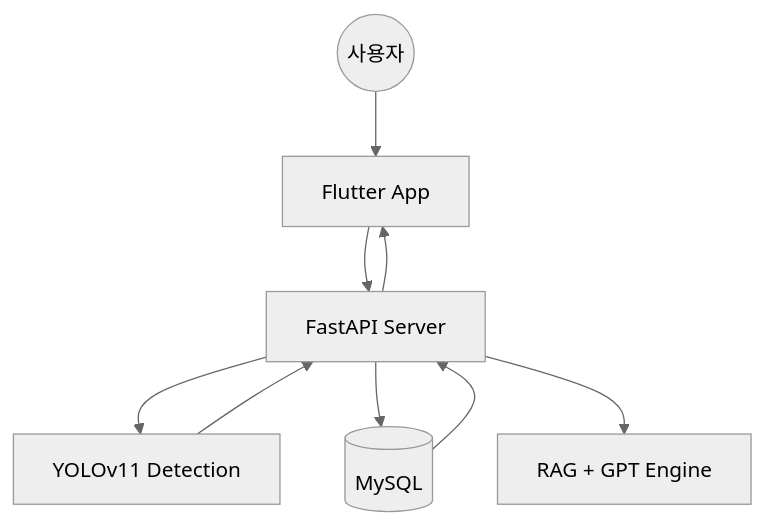
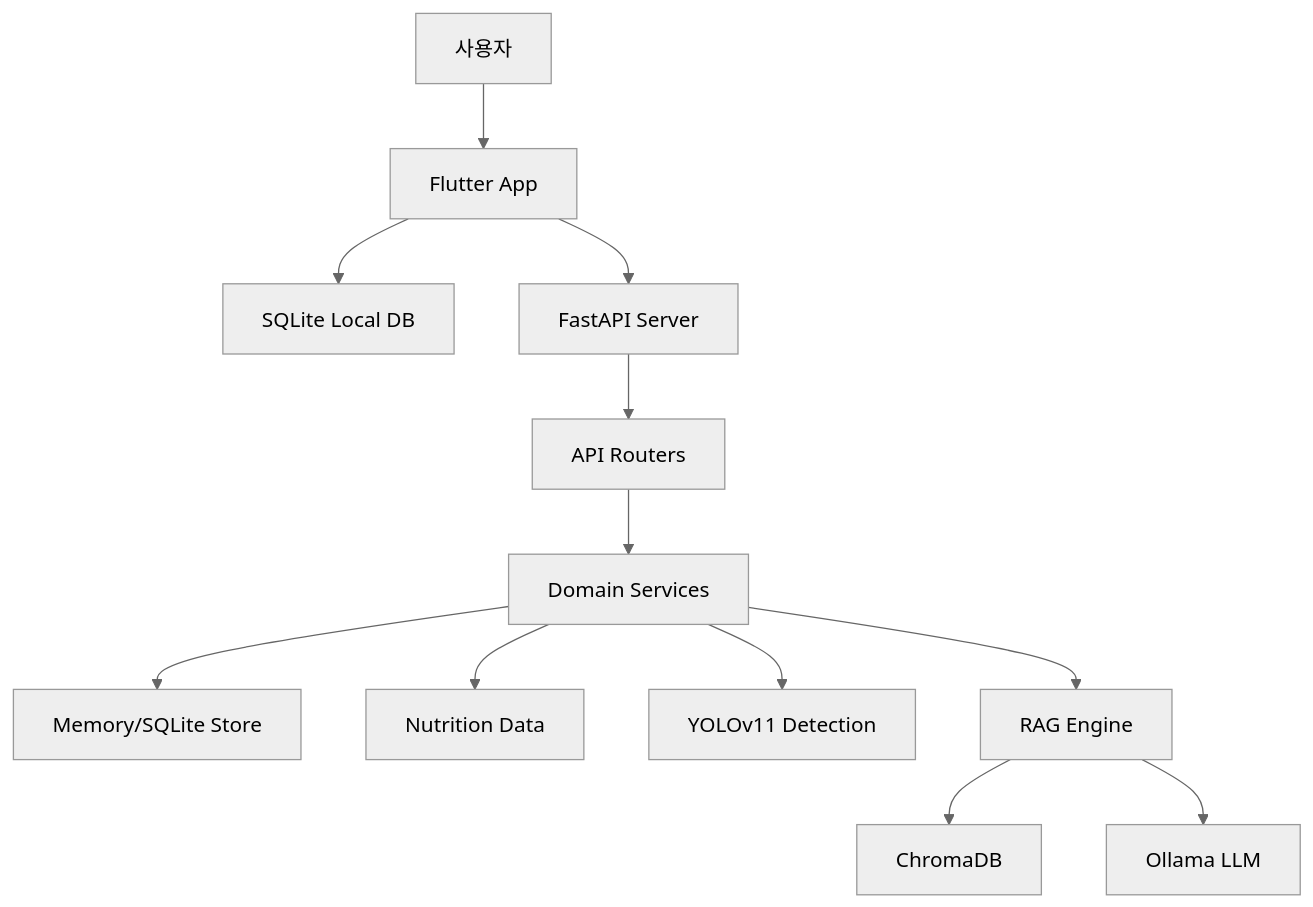
Before and after one commit to nisdh2916/NutrAI: the diagram in README.md, drawn with Mermaid (neutral theme). The commit also changed other lines of this file and 181 other files, not shown here.

````diff
--- a/README.md
+++ b/README.md
@@ -108,11 +94,14 @@
 ```mermaid
 graph TD
-    User((사용자)) --> App[Flutter App]
-    App --> Server[FastAPI Server]
-    Server --> YOLO[YOLOv11 Detection]
-    Server --> DB[(MySQL)]
-    Server --> RAG[RAG + GPT Engine]
-    YOLO --> Server
-    DB --> Server
-    Server --> App
+    User["사용자"] --> App["Flutter App"]
+    App --> LocalDB["SQLite Local DB"]
+    App --> Server["FastAPI Server"]
+    Server --> API["API Routers"]
+    API --> Services["Domain Services"]
+    Services --> Store["Memory/SQLite Store"]
+    Services --> Nutrition["Nutrition Data"]
+    Services --> Detect["YOLOv11 Detection"]
+    Services --> RAG["RAG Engine"]
+    RAG --> Chroma["ChromaDB"]
+    RAG --> Ollama["Ollama LLM"]
 ```
````
